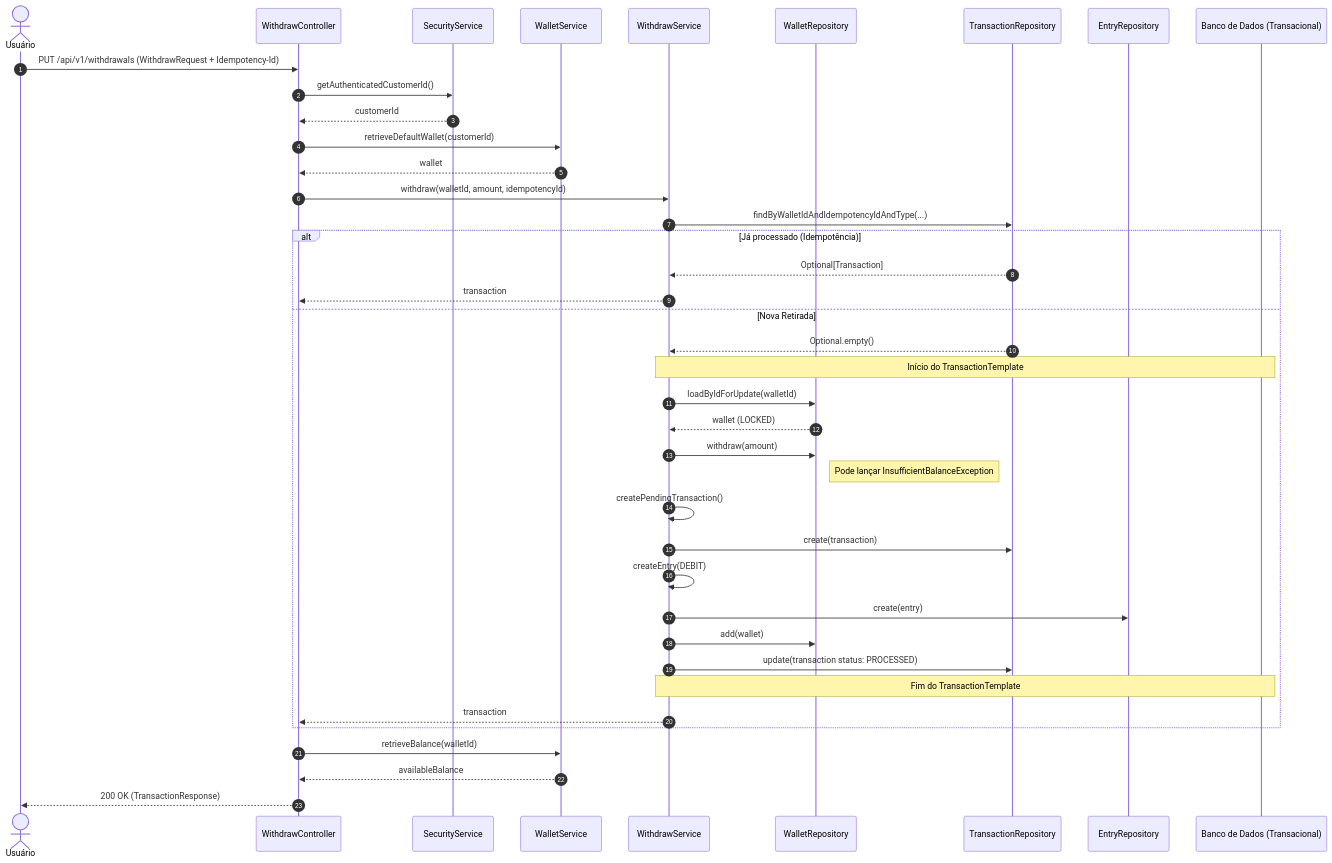
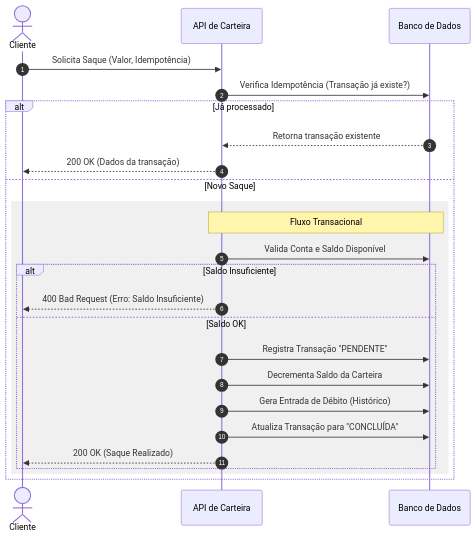
One commit to davidalmeida14/recargapay-wallet-service changed the diagram in docs/sequence-withdraw.md. Above: the diagram before and after it, drawn with Mermaid. The commit also changed other lines of this file and 4 other files, not shown here.

Commit message:
Update sequence diagrams in documentation to reflect revised transactional flows and asynchronous processing

````diff
--- a/docs/sequence-withdraw.md
+++ b/docs/sequence-withdraw.md
@@ -5,54 +5,29 @@
 ```mermaid
 sequenceDiagram
     autonumber
-    actor Usuário
-    participant API as WithdrawController
-    participant Sec as SecurityService
-    participant WS as WalletService
-    participant DS as WithdrawService
-    participant WR as WalletRepository
-    participant TR as TransactionRepository
-    participant ER as EntryRepository
-    participant DB as Banco de Dados (Transacional)
+    actor Cliente
+    participant API as API de Carteira
+    participant DB as Banco de Dados
 
-    Usuário->>API: PUT /api/v1/withdrawals (WithdrawRequest + Idempotency-Id)
-    API->>Sec: getAuthenticatedCustomerId()
-    Sec-->>API: customerId
-    API->>WS: retrieveDefaultWallet(customerId)
-    WS-->>API: wallet
+    Cliente->>API: Solicita Saque (Valor, Idempotência)
     
-    API->>DS: withdraw(walletId, amount, idempotencyId)
-    
-    DS->>TR: findByWalletIdAndIdempotencyIdAndType(...)
-    alt Já processado (Idempotência)
-        TR-->>DS: Optional[Transaction]
-        DS-->>API: transaction
-    else Nova Retirada
-        TR-->>DS: Optional.empty()
-        
-        Note over DS, DB: Início do TransactionTemplate
-        DS->>WR: loadByIdForUpdate(walletId)
-        WR-->>DS: wallet (LOCKED)
-        
-        DS->>WR: withdraw(amount)
-        Note right of WR: Pode lançar InsufficientBalanceException
-        
-        DS->>DS: createPendingTransaction()
-        DS->>TR: create(transaction)
-        
-        DS->>DS: createEntry(DEBIT)
-        DS->>ER: create(entry)
-        
-        DS->>WR: add(wallet)
-        
-        DS->>TR: update(transaction status: PROCESSED)
-        Note over DS, DB: Fim do TransactionTemplate
-        
-        DS-->>API: transaction
+    API->>DB: Verifica Idempotência (Transação já existe?)
+    alt Já processado
+        DB-->>API: Retorna transação existente
+        API-->>Cliente: 200 OK (Dados da transação)
+    else Novo Saque
+        rect rgb(240, 240, 240)
+            Note over API, DB: Fluxo Transacional
+            API->>DB: Valida Conta e Saldo Disponível
+            alt Saldo Insuficiente
+                API-->>Cliente: 400 Bad Request (Erro: Saldo Insuficiente)
+            else Saldo OK
+                API->>DB: Registra Transação "PENDENTE"
+                API->>DB: Decrementa Saldo da Carteira
+                API->>DB: Gera Entrada de Débito (Histórico)
+                API->>DB: Atualiza Transação para "CONCLUÍDA"
+                API-->>Cliente: 200 OK (Saque Realizado)
+            end
+        end
     end
-    
-    API->>WS: retrieveBalance(walletId)
-    WS-->>API: availableBalance
-    
-    API-->>Usuário: 200 OK (TransactionResponse)
 ```
````
